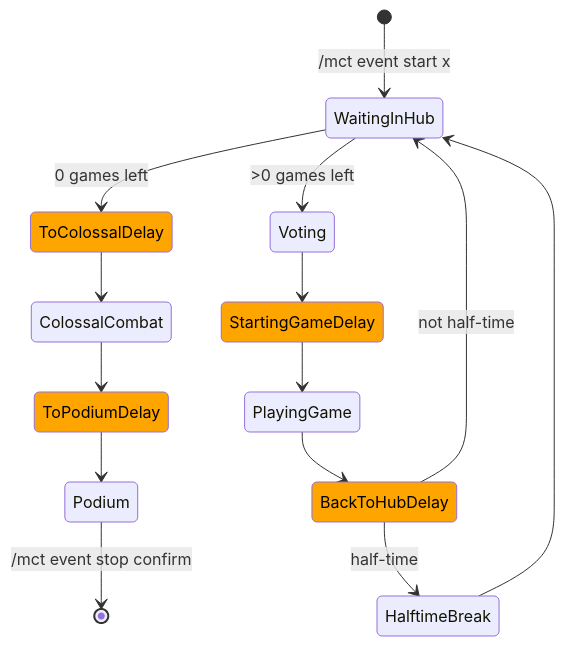
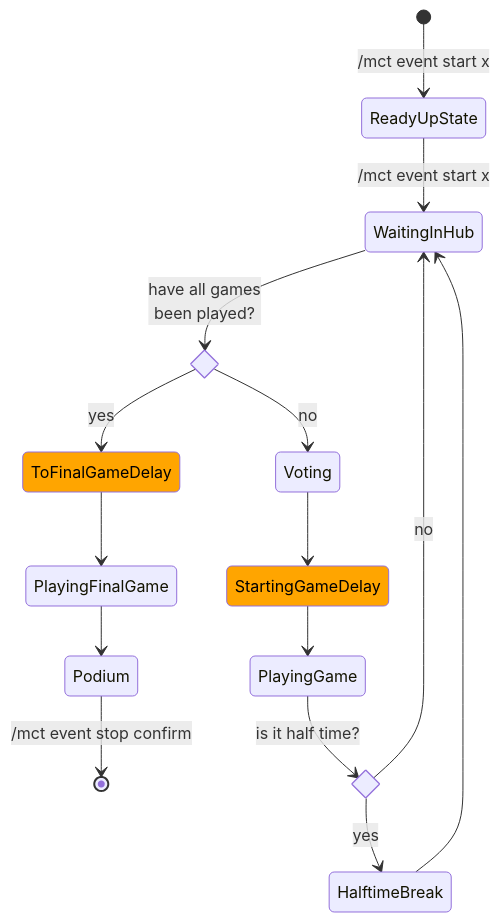
The diagram in docs/event-manager-flow.md (Braekpo1nt/MCTManager), drawn with Mermaid before and after one commit. The commit also changed 378 other files, not shown here.

````diff
--- a/docs/event-manager-flow.md
+++ b/docs/event-manager-flow.md
@@ -1,22 +1,25 @@
 ```mermaid
 stateDiagram
 direction TB
 classDef delay fill:orange,color:black
 
-[*] --> WaitingInHub: /mct event start x
-WaitingInHub --> ToColossalDelay: 0 games left
-ToColossalDelay--> ColossalCombat
-ColossalCombat --> ToPodiumDelay
-ToPodiumDelay --> Podium
+[*] --> ReadyUpState: /mct event start x
+ReadyUpState --> WaitingInHub: /mct event start x
+state games_left <<choice>>
+WaitingInHub --> games_left: have all games<br>been played?
+games_left --> ToFinalGameDelay: yes
+ToFinalGameDelay --> PlayingFinalGame
+PlayingFinalGame -->  Podium
 Podium --> [*]: /mct event stop confirm
 
-WaitingInHub --> Voting: >0 games left
+games_left --> Voting: no
 Voting --> StartingGameDelay
 StartingGameDelay --> PlayingGame
-PlayingGame --> BackToHubDelay
-BackToHubDelay --> WaitingInHub: not half-time
-BackToHubDelay --> HalftimeBreak: half-time
+state half_time <<choice>>
+PlayingGame --> half_time: is it half time?
+half_time --> HalftimeBreak: yes
+half_time --> WaitingInHub: no
 HalftimeBreak --> WaitingInHub
 
-class ToColossalDelay, ToPodiumDelay, StartingGameDelay, BackToHubDelay delay
+class ToFinalGameDelay, StartingGameDelay delay
 ```
````
